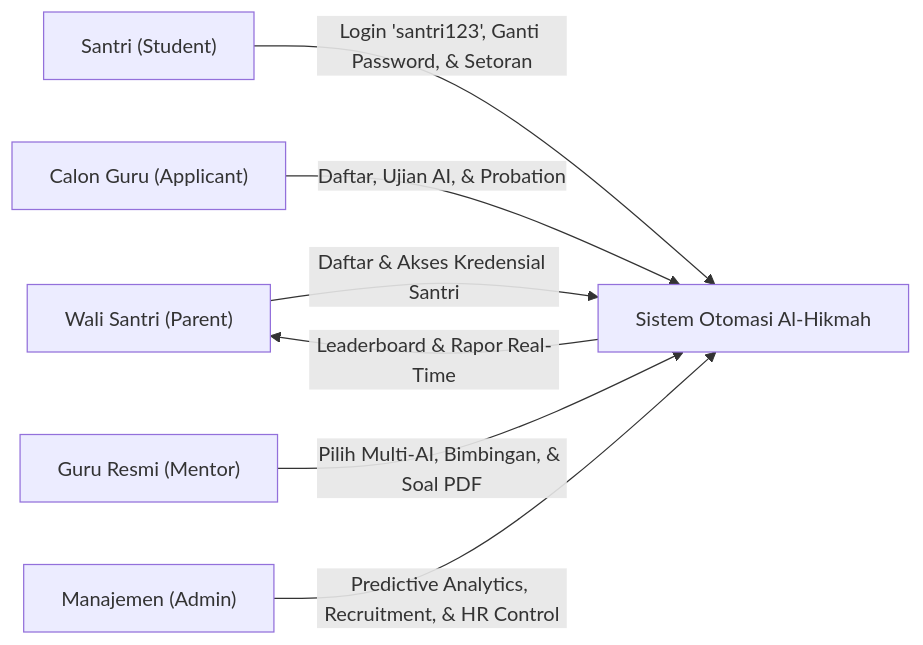
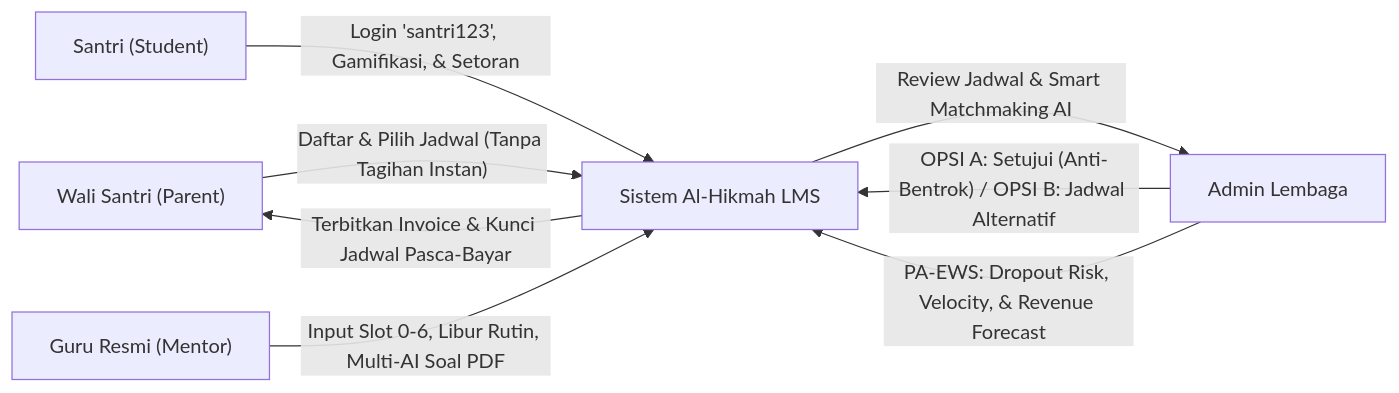
The first of 2 diagrams in tentang.md (MasDan-stack/al-hikmah-lms), drawn with Mermaid before and after one commit. The commit also changed other lines of this file and 183 other files, not shown here.

Commit message:
feat: complete ATS recruitment, live probation hub, multi-role profile management, and antislop UI harmonization (v9.5)

````diff
--- a/tentang.md
+++ b/tentang.md
@@ -61,9 +79,10 @@
 ```mermaid
 graph LR
-    A["Wali Santri (Parent)"] -->|"Daftar & Akses Kredensial Santri"| B["Sistem Otomasi Al-Hikmah"]
-    C["Santri (Student)"] -->|"Login 'santri123', Ganti Password, & Setoran"| B
-    D["Calon Guru (Applicant)"] -->|"Daftar, Ujian AI, & Probation"| B
-    E["Guru Resmi (Mentor)"] -->|"Pilih Multi-AI, Bimbingan, & Soal PDF"| B
-    B -->|"Leaderboard & Rapor Real-Time"| A
-    F["Manajemen (Admin)"] -->|"Predictive Analytics, Recruitment, & HR Control"| B
+    A["Wali Santri (Parent)"] -->|"Daftar & Pilih Jadwal (Tanpa Tagihan Instan)"| B["Sistem Al-Hikmah LMS"]
+    B -->|"Review Jadwal & Smart Matchmaking AI"| F["Admin Lembaga"]
+    F -->|"OPSI A: Setujui (Anti-Bentrok) / OPSI B: Jadwal Alternatif"| B
+    B -->|"Terbitkan Invoice & Kunci Jadwal Pasca-Bayar"| A
+    C["Santri (Student)"] -->|"Login 'santri123', Gamifikasi, & Setoran"| B
+    E["Guru Resmi (Mentor)"] -->|"Input Slot 0-6, Libur Rutin, Multi-AI Soal PDF"| B
+    F -->|"PA-EWS: Dropout Risk, Velocity, & Revenue Forecast"| B
 ```
````
